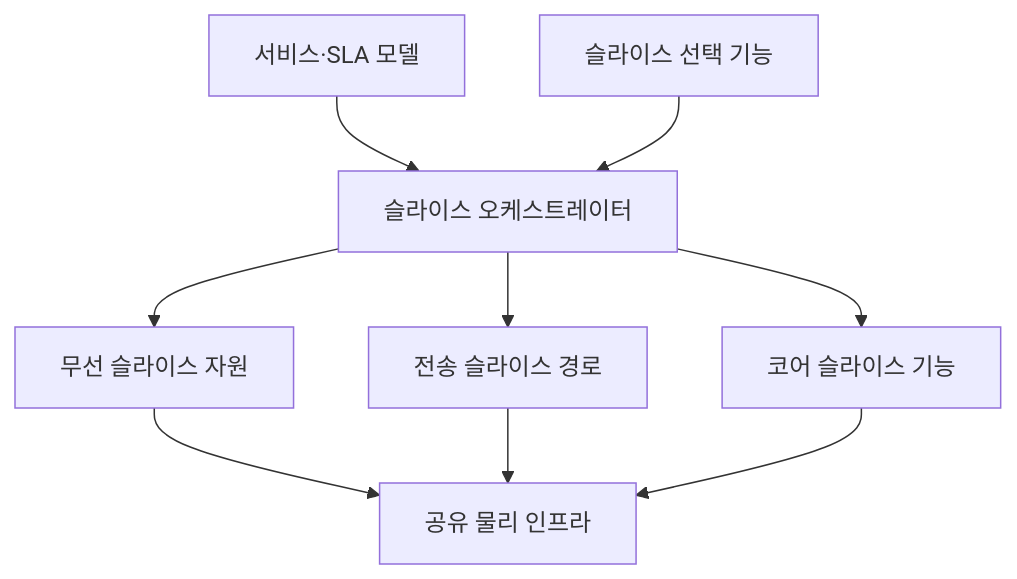
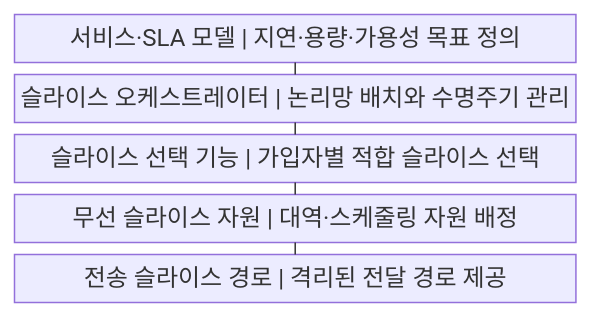
One commit to agnusdei1207/knowledge-base changed the first of 2 diagrams in src/content/docs/notes/04-network/039_5g_network_slicing.md. Above: the diagram before and after it, drawn with Mermaid. The commit also changed other lines of this file and 20 other files, not shown here.

````diff
--- a/src/content/docs/notes/04-network/039_5g_network_slicing.md
+++ b/src/content/docs/notes/04-network/039_5g_network_slicing.md
@@ -50,11 +50,13 @@
 ```mermaid
-flowchart TB
-  S["서비스·SLA 모델"] --> O["슬라이스 오케스트레이터"]
-  N["슬라이스 선택 기능"] --> O
-  O --> R["무선 슬라이스 자원"]
-  O --> T["전송 슬라이스 경로"]
-  O --> C["코어 슬라이스 기능"]
-  R --> I["공유 물리 인프라"]
-  T --> I
-  C --> I
+block
+    columns 1
+    A["서비스·SLA 모델 | 지연·용량·가용성 목표 정의"]
+    B["슬라이스 오케스트레이터 | 논리망 배치와 수명주기 관리"]
+    C["슬라이스 선택 기능 | 가입자별 적합 슬라이스 선택"]
+    D["무선 슬라이스 자원 | 대역·스케줄링 자원 배정"]
+    E["전송 슬라이스 경로 | 격리된 전달 경로 제공"]
+    A --- B
+    B --- C
+    C --- D
+    D --- E
 ```
````
